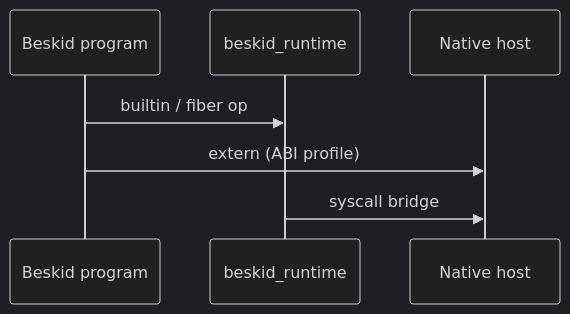
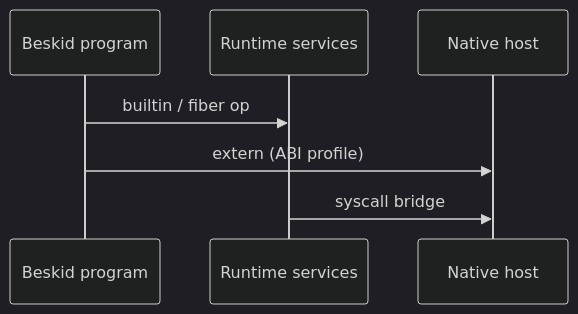
One commit to Cyber-Nomad-Collective/beskid changed the diagram in site/website/src/content/docs/book/17-execution-abi-host-runtime/abi-and-host.md. Above: the diagram before and after it, drawn with Mermaid (dark theme). The commit also changed 60 other files, not shown here.

````diff
--- a/site/website/src/content/docs/book/17-execution-abi-host-runtime/abi-and-host.md
+++ b/site/website/src/content/docs/book/17-execution-abi-host-runtime/abi-and-host.md
@@ -11,9 +11,11 @@
 ```mermaid
 sequenceDiagram
+  accTitle: Program crossing the ABI
+  accDescr: A Beskid program calls builtin and fiber operations on the runtime services, calls extern functions on the native host under an ABI profile, and the runtime reaches the host through a syscall bridge.
   participant App as Beskid program
-  participant RT as beskid_runtime
+  participant RT as Runtime services
   participant Host as Native host
   App->>RT: builtin / fiber op
   App->>Host: extern (ABI profile)
   RT->>Host: syscall bridge
 ```
````
